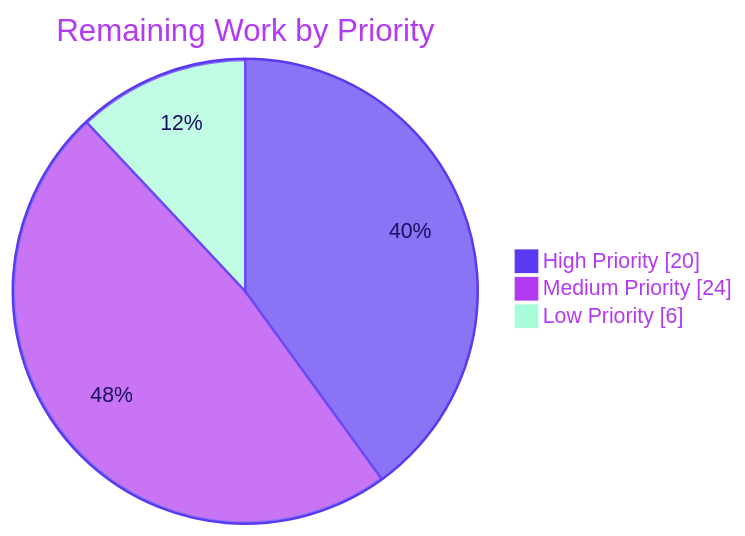
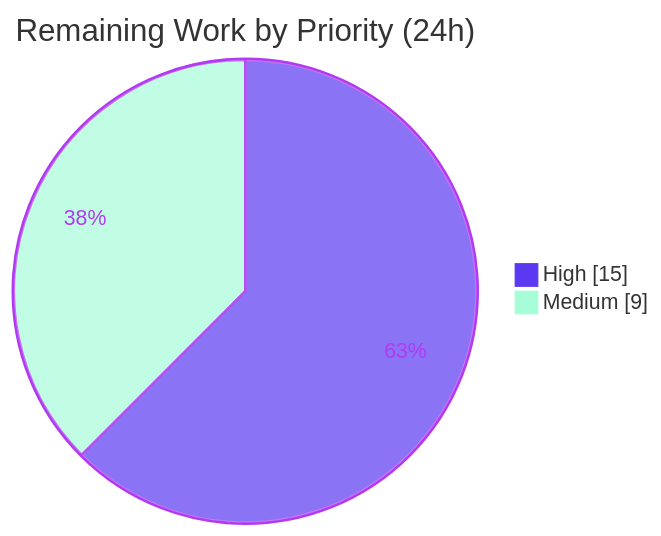
The third of 3 diagrams in blitzy/documentation/Project Guide.md (Blitzy-Sandbox/blitzy-ghostfolio), drawn with Mermaid before and after one commit. The commit also changed other lines of this file, not shown here.

Commit message:
Adding Blitzy Project Guide: Project Status and Human Tasks Remaining

````diff
--- a/blitzy/documentation/Project Guide.md
+++ b/blitzy/documentation/Project Guide.md
@@ -260,7 +220,6 @@
 ```mermaid
-%%{init: {'theme':'base', 'themeVariables': { 'pie1':'#5B39F3', 'pie2':'#B23AF2', 'pie3':'#A8FDD9', 'pieStrokeColor':'#5B39F3', 'pieOuterStrokeColor':'#5B39F3', 'pieTitleTextColor':'#B23AF2', 'pieSectionTextColor':'#1A105F', 'pieLegendTextColor':'#B23AF2'}}}%%
-pie showData title Remaining Work by Priority
-    "High Priority" : 20
-    "Medium Priority" : 24
-    "Low Priority" : 6
+%%{init: {'theme':'base', 'themeVariables': {'pie1':'#5B39F3','pie2':'#A8FDD9','pieStrokeColor':'#B23AF2','pieOuterStrokeColor':'#B23AF2','pieSectionTextColor':'#B23AF2','pieStrokeWidth':'2px'}}}%%
+pie showData title Remaining Work by Priority (24h)
+    "High" : 15
+    "Medium" : 9
 ```
````
